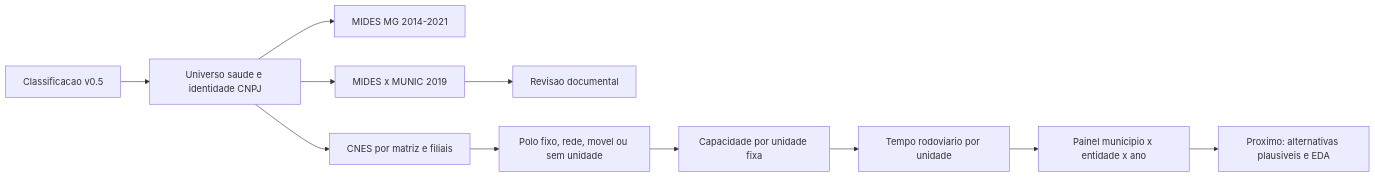
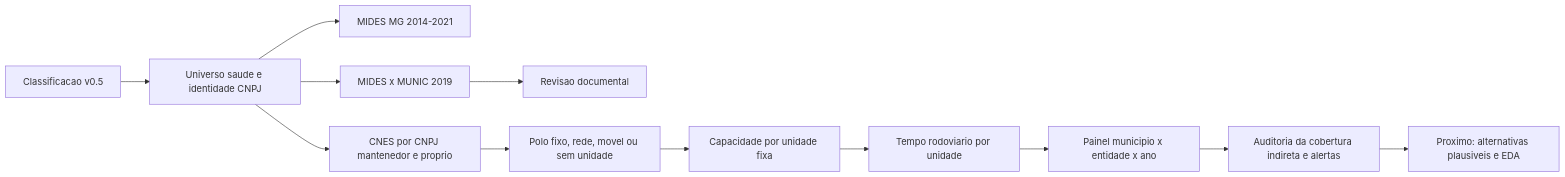
The diagram in analises/modelo_gravitacional_saude/README.md (driano1221/consorcios-mg-dados-territorio), drawn with Mermaid before and after one commit. The commit also changed other lines of this file and 21 other files, not shown here.

````diff
--- a/analises/modelo_gravitacional_saude/README.md
+++ b/analises/modelo_gravitacional_saude/README.md
@@ -48,13 +50,14 @@
 ```mermaid
 flowchart LR
   A[Classificacao v0.5] --> B[Universo saude e identidade CNPJ]
   B --> C[MIDES MG 2014-2021]
   B --> D[MIDES x MUNIC 2019]
   D --> E[Revisao documental]
-  B --> F[CNES por matriz e filiais]
+  B --> F[CNES por CNPJ mantenedor e proprio]
   F --> G[Polo fixo, rede, movel ou sem unidade]
   G --> H[Capacidade por unidade fixa]
   H --> I[Tempo rodoviario por unidade]
   I --> J[Painel municipio x entidade x ano]
-  J --> K[Proximo: alternativas plausiveis e EDA]
+  J --> K[Auditoria da cobertura indireta e alertas]
+  K --> L[Proximo: alternativas plausiveis e EDA]
 ```
````
